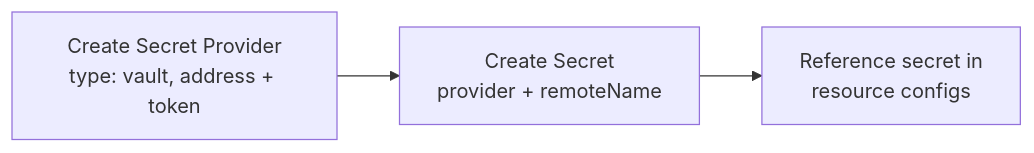
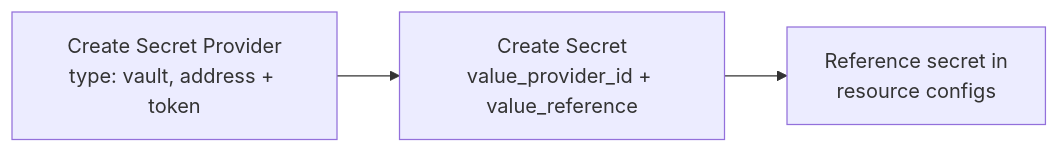
The second of 4 diagrams in architecture/providers.md (agynio/architecture), drawn with Mermaid before and after one commit. The commit also changed other lines of this file and 9 other files, not shown here.

````diff
--- a/architecture/providers.md
+++ b/architecture/providers.md
@@ -94,5 +119,5 @@
 ```mermaid
 flowchart LR
-    A[Create Secret Provider<br/>type: vault, address + token] --> B[Create Secret<br/>provider + remoteName]
+    A[Create Secret Provider<br/>type: vault, address + token] --> B[Create Secret<br/>value_provider_id + value_reference]
     B --> C[Reference secret in<br/>resource configs]
 ```
````
